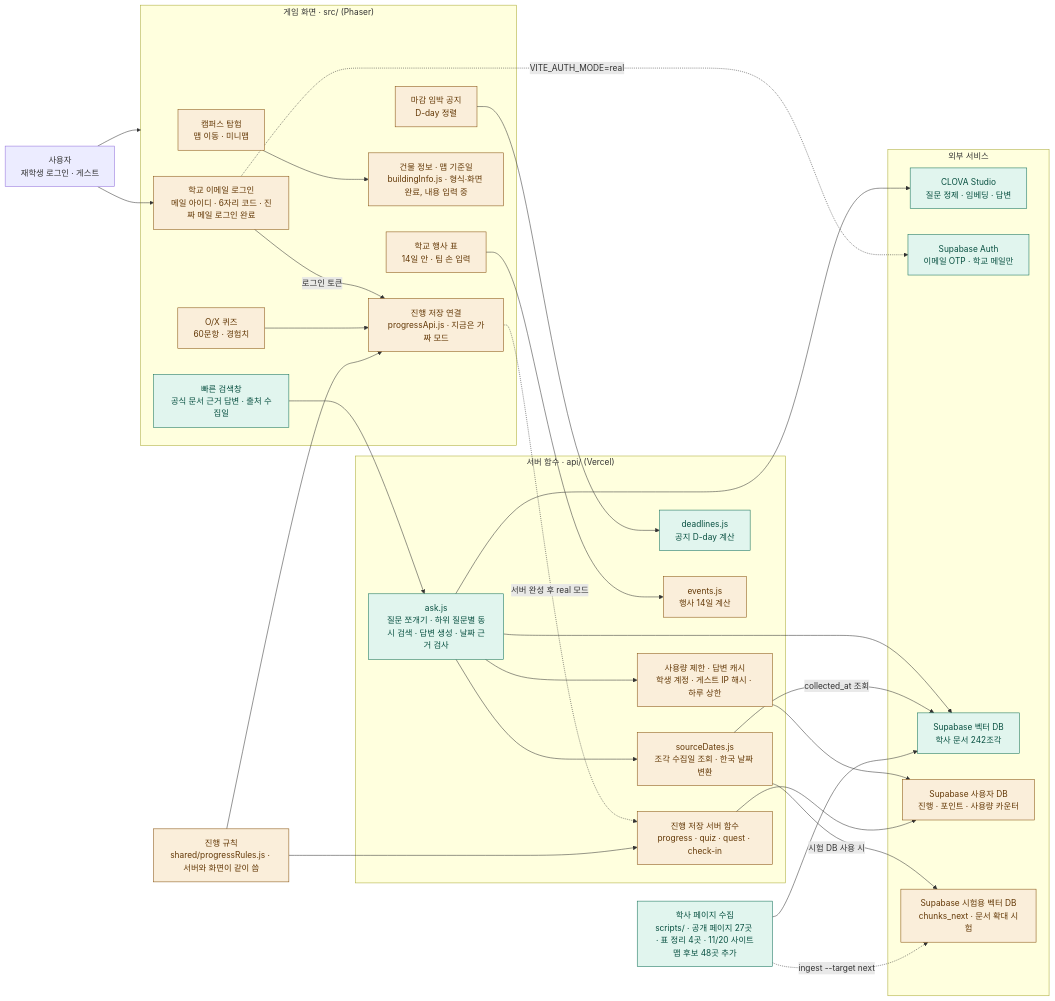
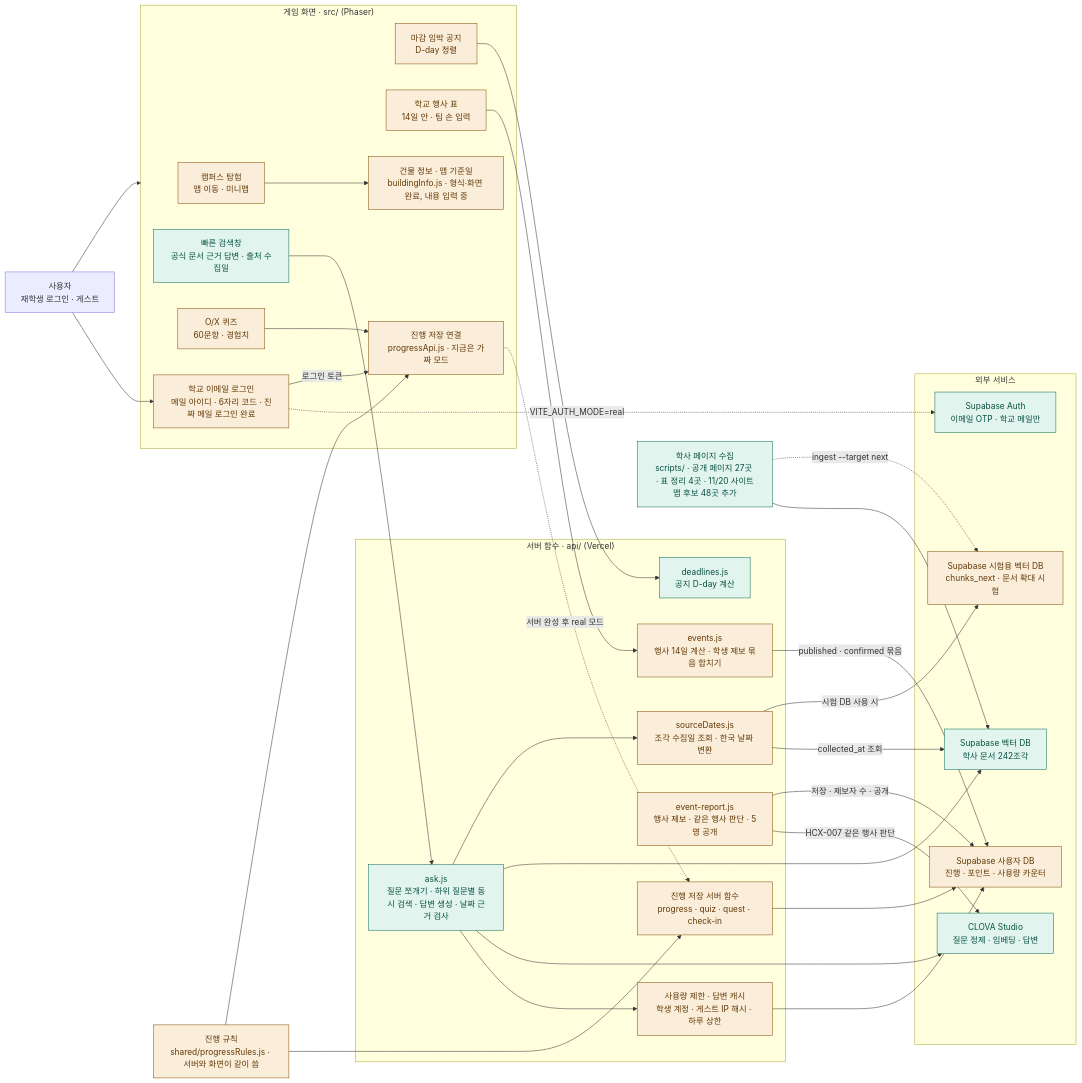
The diagram in docs/ARCHITECTURE.md (202502859-source/hufs-quest), drawn with Mermaid before and after one commit. The commit also changed other lines of this file and 7 other files, not shown here.

````diff
--- a/docs/ARCHITECTURE.md
+++ b/docs/ARCHITECTURE.md
@@ -8,66 +8,70 @@
 ```mermaid
 flowchart LR
     user["사용자<br/>재학생 로그인 · 게스트"]
 
     subgraph game["게임 화면 · src/ (Phaser)"]
         explore["캠퍼스 탐험<br/>맵 이동 · 미니맵"]
         search["빠른 검색창<br/>공식 문서 근거 답변 · 출처 수집일"]
         quiz["O/X 퀴즈<br/>60문항 · 경험치"]
         notice["마감 임박 공지<br/>D-day 정렬"]
         events["학교 행사 표<br/>14일 안 · 팀 손 입력"]
         mapInfo["건물 정보 · 맵 기준일<br/>buildingInfo.js · 형식·화면 완료, 내용 입력 중"]
         progress["진행 저장 연결<br/>progressApi.js · 지금은 가짜 모드"]
         login["학교 이메일 로그인<br/>메일 아이디 · 6자리 코드 · 진짜 메일 로그인 완료"]
     end
 
     rules["진행 규칙<br/>shared/progressRules.js · 서버와 화면이 같이 씀"]
 
     subgraph server["서버 함수 · api/ (Vercel)"]
         ask["ask.js<br/>질문 쪼개기 · 하위 질문별 동시 검색 · 답변 생성 · 날짜 근거 검사"]
         sourceDates["sourceDates.js<br/>조각 수집일 조회 · 한국 날짜 변환"]
         deadlines["deadlines.js<br/>공지 D-day 계산"]
-        eventsApi["events.js<br/>행사 14일 계산"]
+        eventsApi["events.js<br/>행사 14일 계산 · 학생 제보 묶음 합치기"]
+        eventReport["event-report.js<br/>행사 제보 · 같은 행사 판단 · 5명 공개"]
         newApi["진행 저장 서버 함수<br/>progress · quiz · quest · check-in"]
         limiter["사용량 제한 · 답변 캐시<br/>학생 계정 · 게스트 IP 해시 · 하루 상한"]
     end
 
     subgraph external["외부 서비스"]
         clova["CLOVA Studio<br/>질문 정제 · 임베딩 · 답변"]
         supaAuth["Supabase Auth<br/>이메일 OTP · 학교 메일만"]
         vector["Supabase 벡터 DB<br/>학사 문서 242조각"]
         userDb["Supabase 사용자 DB<br/>진행 · 포인트 · 사용량 카운터"]
         vectorNext["Supabase 시험용 벡터 DB<br/>chunks_next · 문서 확대 시험"]
     end
 
     collect["학사 페이지 수집<br/>scripts/ · 공개 페이지 27곳 · 표 정리 4곳 · 11/20 사이트맵 후보 48곳 추가"]
 
     user --> game
     user --> login
     login -.->|"VITE_AUTH_MODE=real"| supaAuth
     login -->|"로그인 토큰"| progress
     search --> ask
     notice --> deadlines
     events --> eventsApi
+    eventsApi -->|"published · confirmed 묶음"| userDb
+    eventReport -->|"HCX-007 같은 행사 판단"| clova
+    eventReport -->|"저장 · 제보자 수 · 공개"| userDb
     quiz --> progress
     progress -.->|"서버 완성 후 real 모드"| newApi
     rules --> progress
     rules --> newApi
     explore --> mapInfo
     ask --> limiter
     limiter --> userDb
     ask --> clova
     ask --> vector
     ask --> sourceDates
     sourceDates -->|"collected_at 조회"| vector
     sourceDates -->|"시험 DB 사용 시"| vectorNext
     newApi --> userDb
     collect --> vector
     collect -.->|"ingest --target next"| vectorNext
 
     classDef done fill:#E1F5EE,stroke:#0F6E56,color:#085041
     classDef partial fill:#FAEEDA,stroke:#854F0B,color:#633806
     classDef todo fill:#FAECE7,stroke:#993C1D,color:#712B13,stroke-dasharray:5 3
 
     class search,ask,deadlines,clova,vector,collect,supaAuth done
-    class explore,quiz,notice,progress,rules,userDb,login,limiter,mapInfo,newApi,vectorNext,events,eventsApi,sourceDates partial
+    class explore,quiz,notice,progress,rules,userDb,login,limiter,mapInfo,newApi,vectorNext,events,eventsApi,sourceDates,eventReport partial
 ```
````
